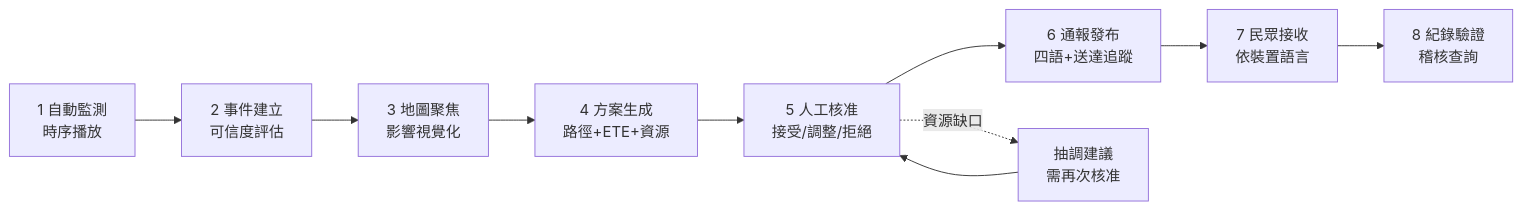
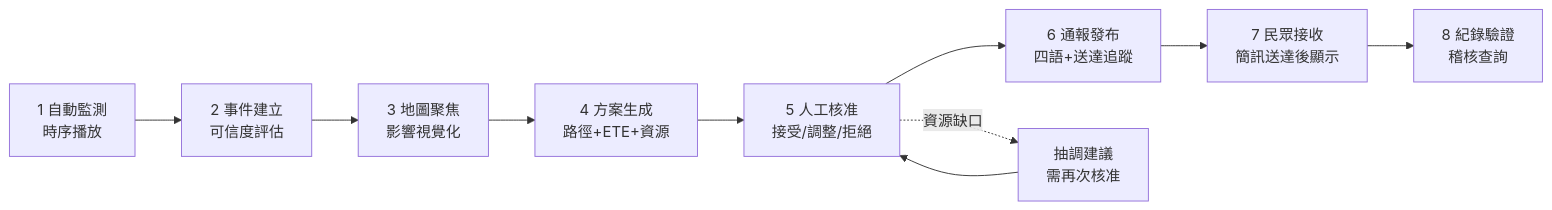
The ninth of 11 diagrams in docs/SYSTEM_SPECIFICATION.md (YUNcloud03/CitySentinel), drawn with Mermaid before and after one commit. The commit also changed other lines of this file and 17 other files, not shown here.

````diff
--- a/docs/SYSTEM_SPECIFICATION.md
+++ b/docs/SYSTEM_SPECIFICATION.md
@@ -661,12 +663,12 @@
 ```mermaid
 flowchart LR
     A["1 自動監測<br/>時序播放"] --> B["2 事件建立<br/>可信度評估"]
     B --> C["3 地圖聚焦<br/>影響視覺化"]
     C --> D["4 方案生成<br/>路徑+ETE+資源"]
     D --> E["5 人工核准<br/>接受/調整/拒絕"]
     E --> F["6 通報發布<br/>四語+送達追蹤"]
-    F --> G["7 民眾接收<br/>依裝置語言"]
+    F --> G["7 民眾接收<br/>簡訊送達後顯示"]
     E -.->|資源缺口| H["抽調建議<br/>需再次核准"]
     H --> E
     G --> I["8 紀錄驗證<br/>稽核查詢"]
 ```
````
